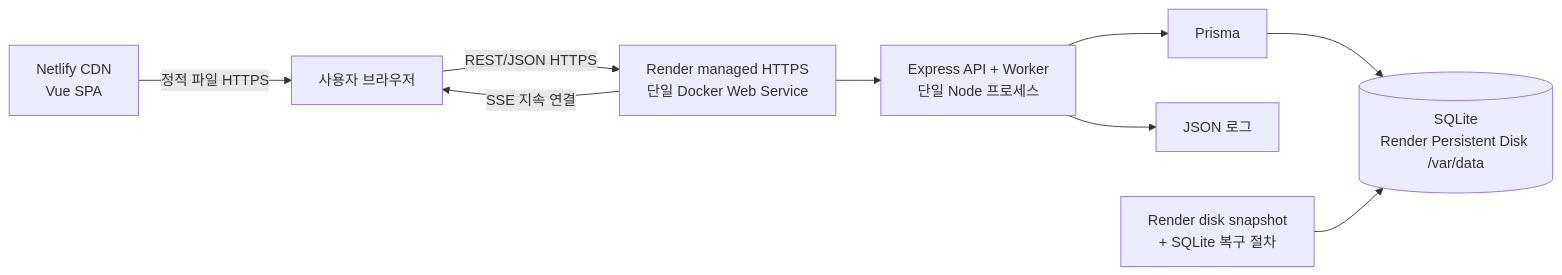
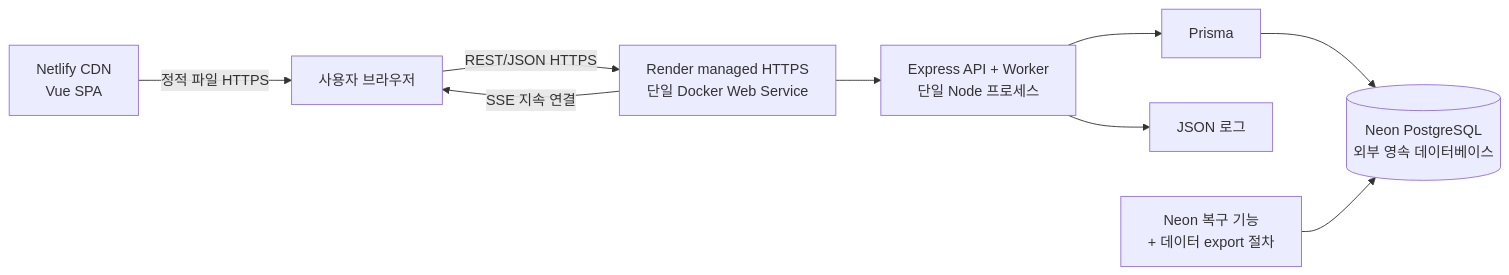
Before and after one commit to SsaBob-Eleven/SsaBob-Eleven: the third of 5 diagrams in docs/system-design.md, drawn with Mermaid. The commit also changed other lines of this file and 15 other files, not shown here.

Commit message:
feat: migrate persistence to Neon PostgreSQL

````diff
--- a/docs/system-design.md
+++ b/docs/system-design.md
@@ -145,11 +145,11 @@
 ```mermaid
 flowchart LR
     N["Netlify CDN\nVue SPA"] -->|정적 파일 HTTPS| U["사용자 브라우저"]
     U -->|REST/JSON HTTPS| R["Render managed HTTPS\n단일 Docker Web Service"]
     R -->|SSE 지속 연결| U
     R --> E["Express API + Worker\n단일 Node 프로세스"]
     E --> P["Prisma"]
-    P --> D[("SQLite\nRender Persistent Disk /var/data")]
+    P --> D[("Neon PostgreSQL\n외부 영속 데이터베이스")]
     E --> L["JSON 로그"]
-    S["Render disk snapshot\n+ SQLite 복구 절차"] --> D
+    S["Neon 복구 기능\n+ 데이터 export 절차"] --> D
 ```
````
